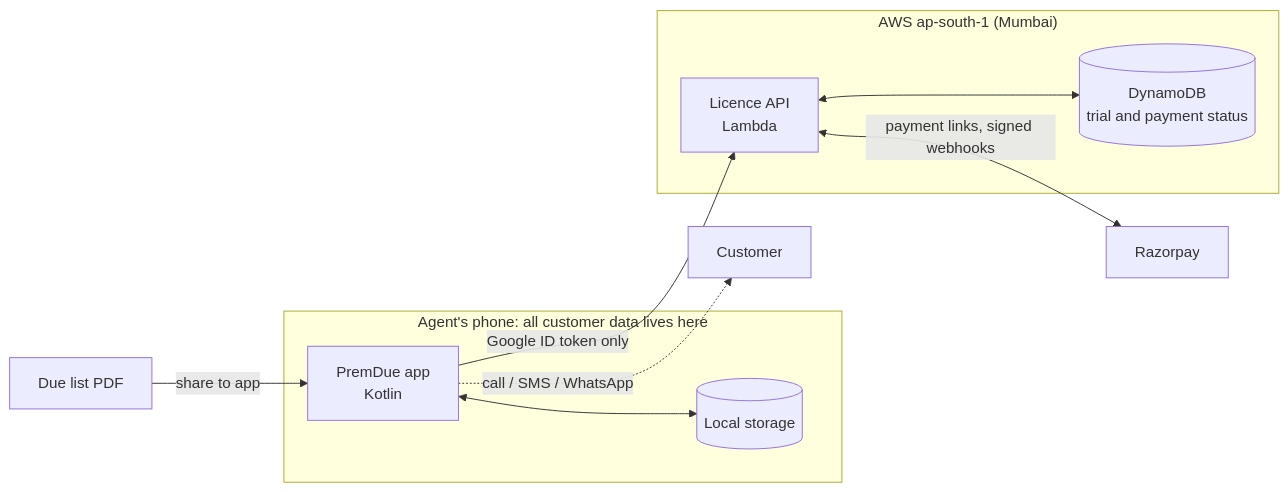
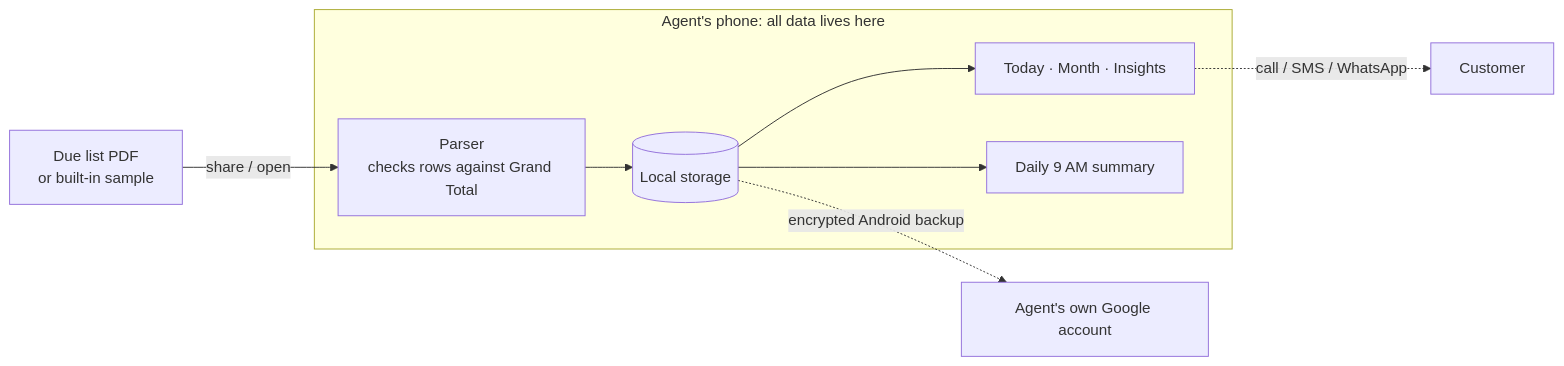
Before and after one commit to aryanipb/premdue: the first of 2 diagrams in README.md, drawn with Mermaid. The commit also changed other lines of this file and 20 other files, not shown here.

First line of the commit message:
Make PremDue free and ready for Google Play

````diff
--- a/README.md
+++ b/README.md
@@ -48,21 +57,13 @@
 ```mermaid
 flowchart LR
-    PDF["Due list PDF"] -->|share to app| App
+    PDF["Due list PDF<br/>or built-in sample"] -->|share / open| Parser
 
-    subgraph Phone["Agent's phone: all customer data lives here"]
-        App["PremDue app<br/>Kotlin"]
-        Store[("Local storage")]
-        App <--> Store
+    subgraph Phone["Agent's phone: all data lives here"]
+        Parser["Parser<br/>checks rows against Grand Total"] --> Store[("Local storage")]
+        Store --> Views["Today · Month · Insights"]
+        Store --> Alarm["Daily 9 AM summary"]
     end
 
-    App -->|"Google ID token only"| Lambda
-
-    subgraph AWS["AWS ap-south-1 (Mumbai)"]
-        Lambda["Licence API<br/>Lambda"]
-        DB[("DynamoDB<br/>trial and payment status")]
-        Lambda <--> DB
-    end
-
-    Lambda <-->|"payment links, signed webhooks"| RZP["Razorpay"]
-    App -.->|"call / SMS / WhatsApp"| Customer["Customer"]
+    Views -.->|"call / SMS / WhatsApp"| Customer["Customer"]
+    Store -.->|"encrypted Android backup"| Drive["Agent's own Google account"]
 ```
````
